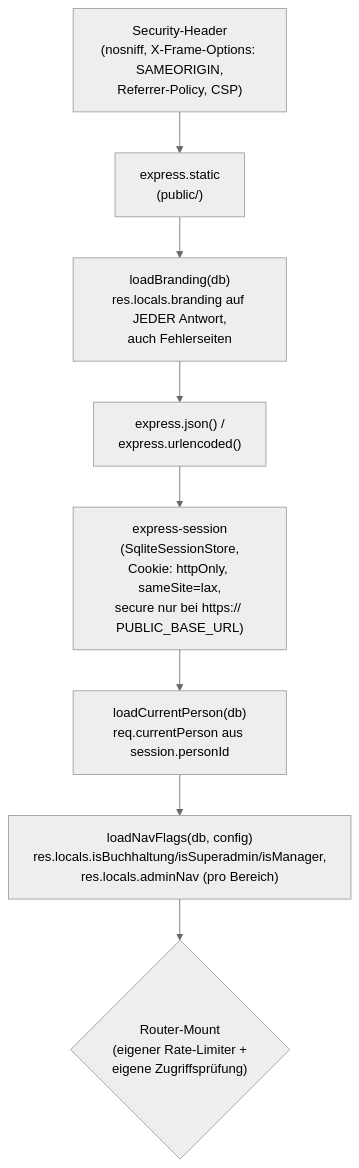
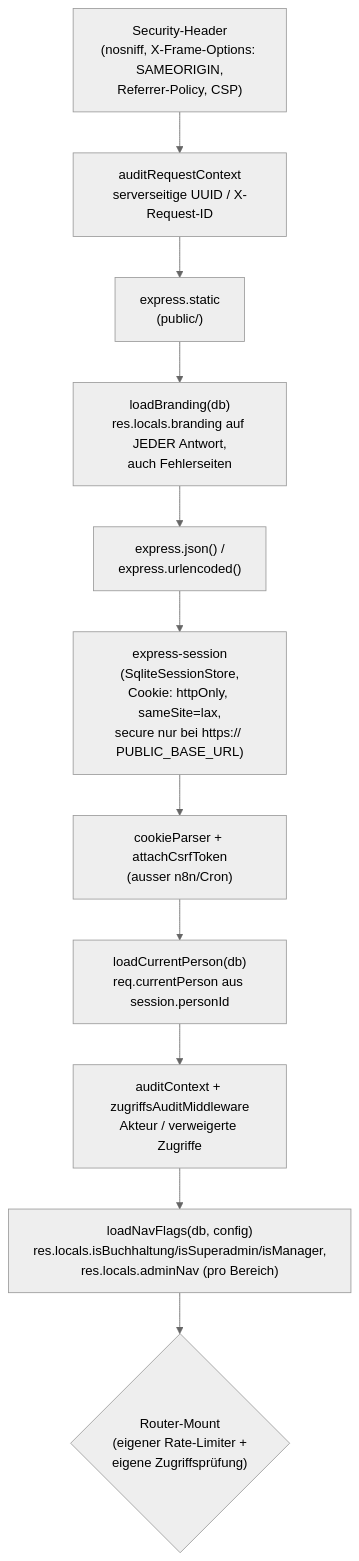
The second of 2 diagrams in docs/architektur.md (rony326/freigabeportal), drawn with Mermaid (neutral theme) before and after one commit. The commit also changed other lines of this file and 7 other files, not shown here.

````diff
--- a/docs/architektur.md
+++ b/docs/architektur.md
@@ -72,10 +75,13 @@
 ```mermaid
 flowchart TD
-    A["Security-Header<br/>(nosniff, X-Frame-Options: SAMEORIGIN,<br/>Referrer-Policy, CSP)"] --> B["express.static<br/>(public/)"]
+    A["Security-Header<br/>(nosniff, X-Frame-Options: SAMEORIGIN,<br/>Referrer-Policy, CSP)"] --> R["auditRequestContext<br/>serverseitige UUID / X-Request-ID"]
+    R --> B["express.static<br/>(public/)"]
     B --> C["loadBranding(db)<br/>res.locals.branding auf JEDER Antwort,<br/>auch Fehlerseiten"]
     C --> D["express.json() /<br/>express.urlencoded()"]
     D --> E["express-session<br/>(SqliteSessionStore,<br/>Cookie: httpOnly, sameSite=lax,<br/>secure nur bei https:// PUBLIC_BASE_URL)"]
-    E --> F["loadCurrentPerson(db)<br/>req.currentPerson aus session.personId"]
-    F --> G["loadNavFlags(db, config)<br/>res.locals.isBuchhaltung/isSuperadmin/isManager,<br/>res.locals.adminNav (pro Bereich)"]
+    E --> CS["cookieParser + attachCsrfToken<br/>(ausser n8n/Cron)"]
+    CS --> F["loadCurrentPerson(db)<br/>req.currentPerson aus session.personId"]
+    F --> AU["auditContext + zugriffsAuditMiddleware<br/>Akteur / verweigerte Zugriffe"]
+    AU --> G["loadNavFlags(db, config)<br/>res.locals.isBuchhaltung/isSuperadmin/isManager,<br/>res.locals.adminNav (pro Bereich)"]
     G --> H{"Router-Mount<br/>(eigener Rate-Limiter +<br/>eigene Zugriffsprüfung)"}
 ```
````
